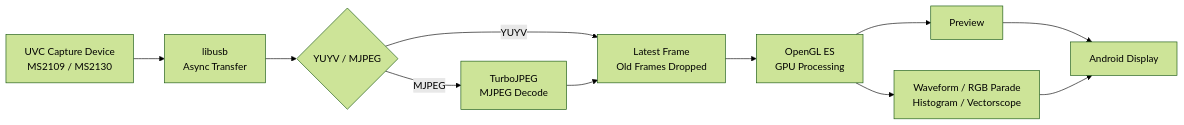
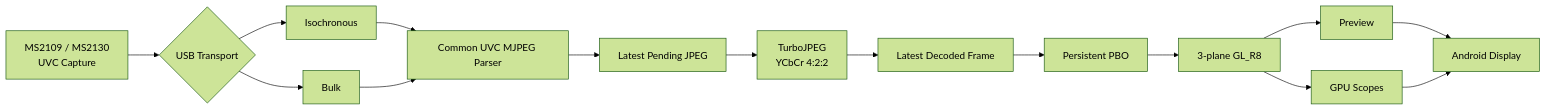
Before and after one commit to hrock666/Android-UVC-Field-Monitor: the diagram in README.md, drawn with Mermaid (forest theme). The commit also changed other lines of this file and 2 other files, not shown here.

````diff
--- a/README.md
+++ b/README.md
@@ -72,19 +99,23 @@
 ```mermaid
 flowchart LR
-    A[UVC Capture Device<br/>MS2109 / MS2130]
-    B[libusb<br/>Async Transfer]
-    C{YUYV / MJPEG}
-    D[TurboJPEG<br/>MJPEG Decode]
-    E[Latest Frame<br/>Old Frames Dropped]
-    F[OpenGL ES<br/>GPU Processing]
-    G[Preview]
-    H[Waveform / RGB Parade<br/>Histogram / Vectorscope]
-    I[Android Display]
+    A[MS2109 / MS2130<br/>UVC Capture]
+    B{USB Transport}
+    C[Isochronous]
+    D[Bulk]
+    E[Common UVC MJPEG Parser]
+    F[Latest Pending JPEG]
+    G[TurboJPEG<br/>YCbCr 4:2:2]
+    H[Latest Decoded Frame]
+    I[Persistent PBO]
+    J[3-plane GL_R8]
+    K[Preview]
+    L[GPU Scopes]
+    M[Android Display]
 
-    A --> B --> C
-    C -->|YUYV| E
-    C -->|MJPEG| D --> E
-    E --> F
-    F --> G --> I
-    F --> H --> I
+    A --> B
+    B --> C --> E
+    B --> D --> E
+    E --> F --> G --> H --> I --> J
+    J --> K --> M
+    J --> L --> M
 ```
````
